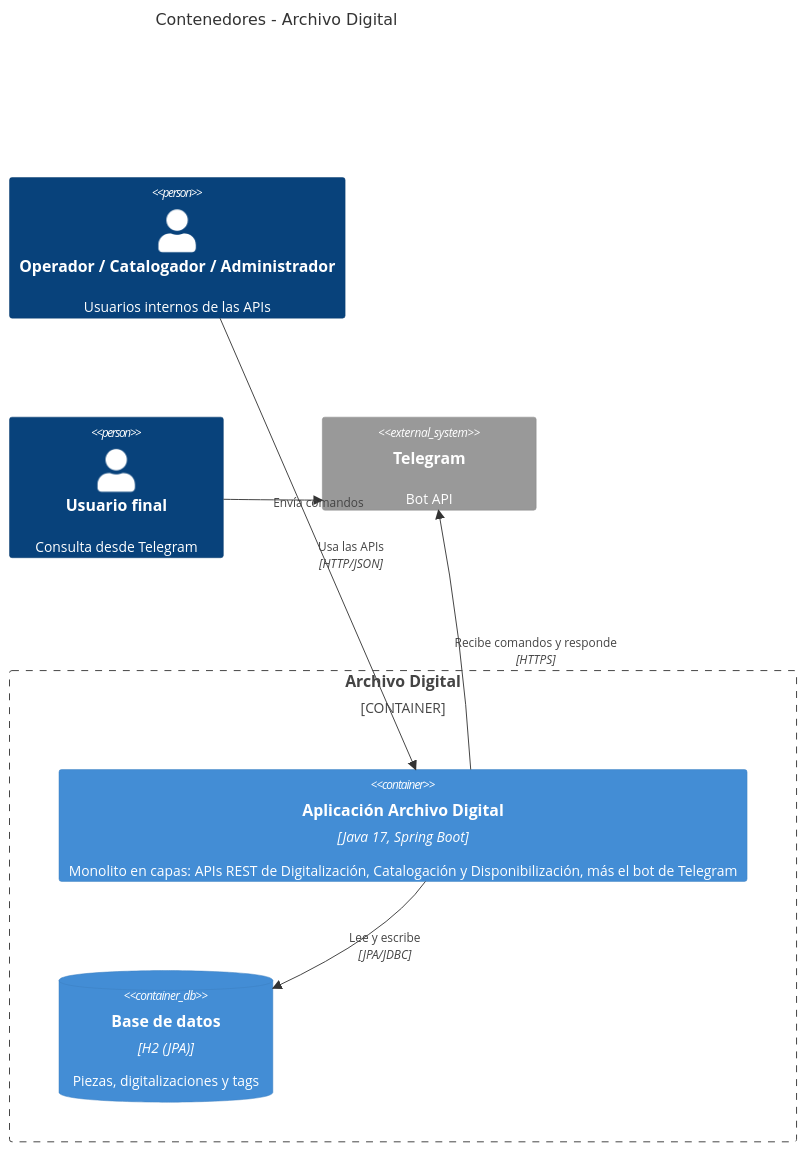
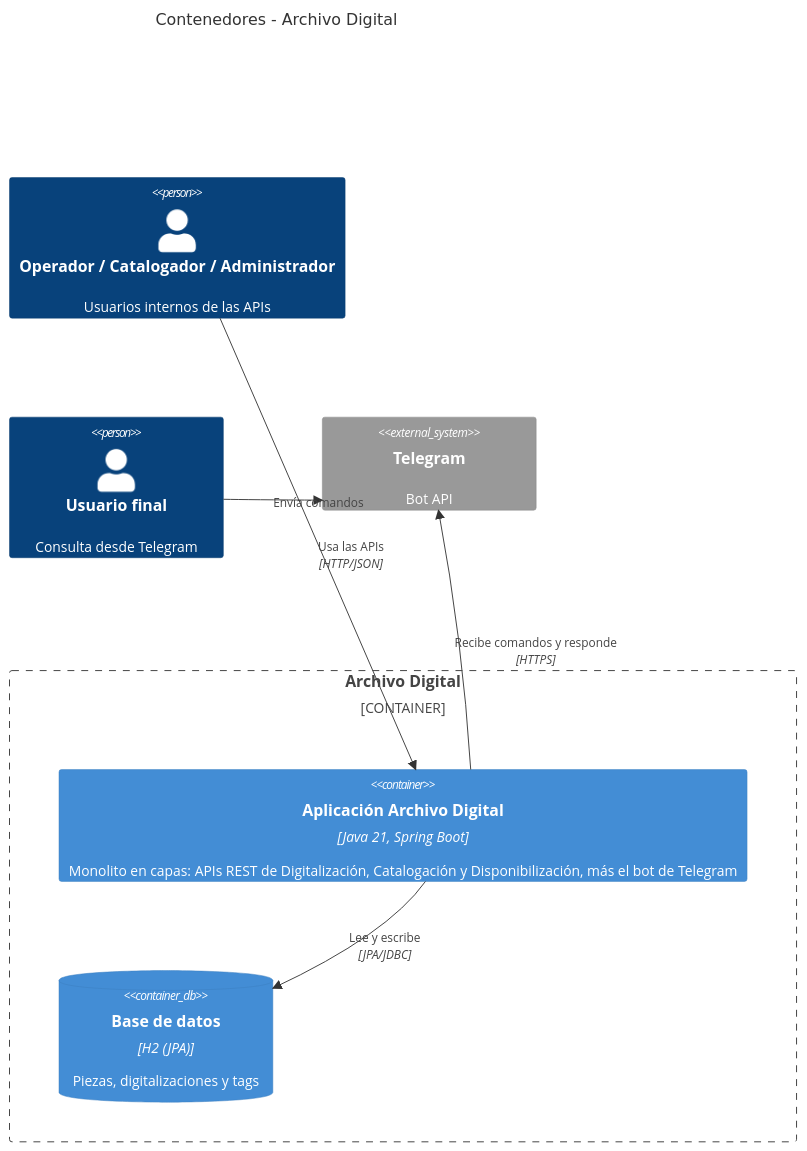
Before and after one commit to rociorusconi/archivo-digital-bardales-precopio-rusconi: the second of 3 diagrams in ARCHITECTURE.md, drawn with Mermaid. The commit also changed other lines of this file and 6 other files, not shown here.

````diff
--- a/ARCHITECTURE.md
+++ b/ARCHITECTURE.md
@@ -105,18 +105,18 @@
 ```mermaid
 C4Container
     title Contenedores - Archivo Digital
 
     Person(operador, "Operador / Catalogador / Administrador", "Usuarios internos de las APIs")
     Person(usuario, "Usuario final", "Consulta desde Telegram")
     System_Ext(telegram, "Telegram", "Bot API")
 
     Container_Boundary(sistema, "Archivo Digital") {
-        Container(app, "Aplicación Archivo Digital", "Java 17, Spring Boot", "Monolito en capas: APIs REST de Digitalización, Catalogación y Disponibilización, más el bot de Telegram")
+        Container(app, "Aplicación Archivo Digital", "Java 21, Spring Boot", "Monolito en capas: APIs REST de Digitalización, Catalogación y Disponibilización, más el bot de Telegram")
         ContainerDb(db, "Base de datos", "H2 (JPA)", "Piezas, digitalizaciones y tags")
     }
 
     Rel(operador, app, "Usa las APIs", "HTTP/JSON")
     Rel(usuario, telegram, "Envía comandos")
     Rel(app, telegram, "Recibe comandos y responde", "HTTPS")
     Rel(app, db, "Lee y escribe", "JPA/JDBC")
 ```
````
